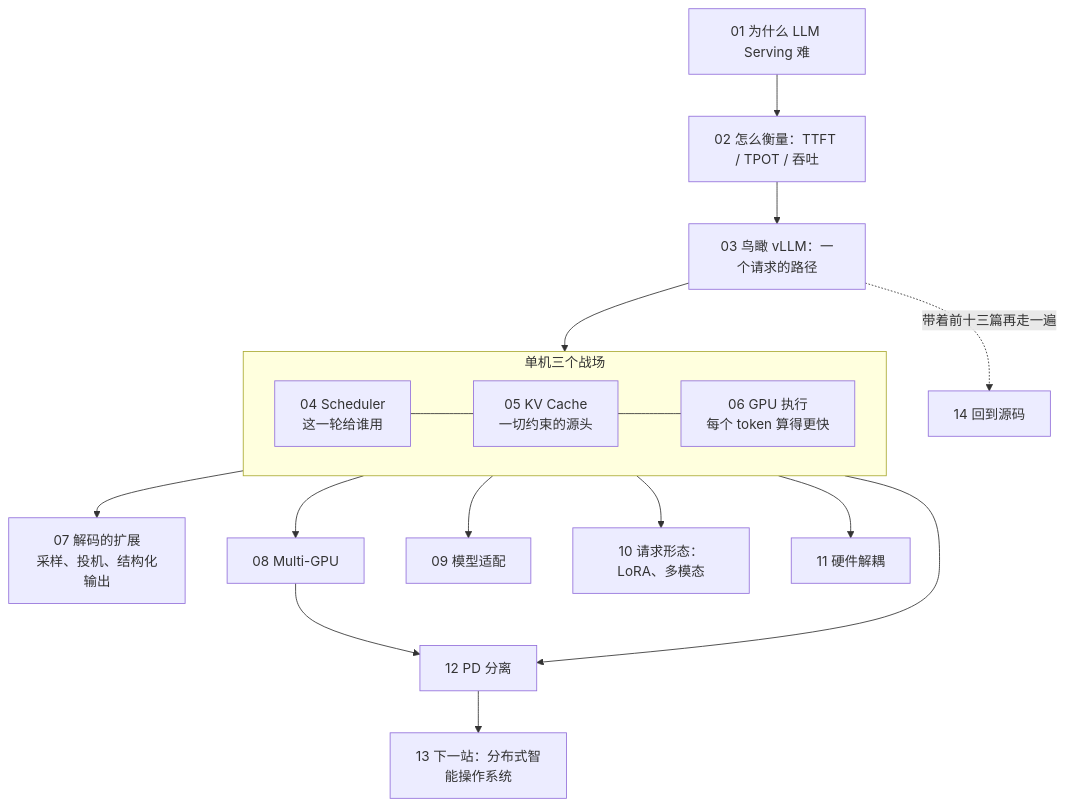
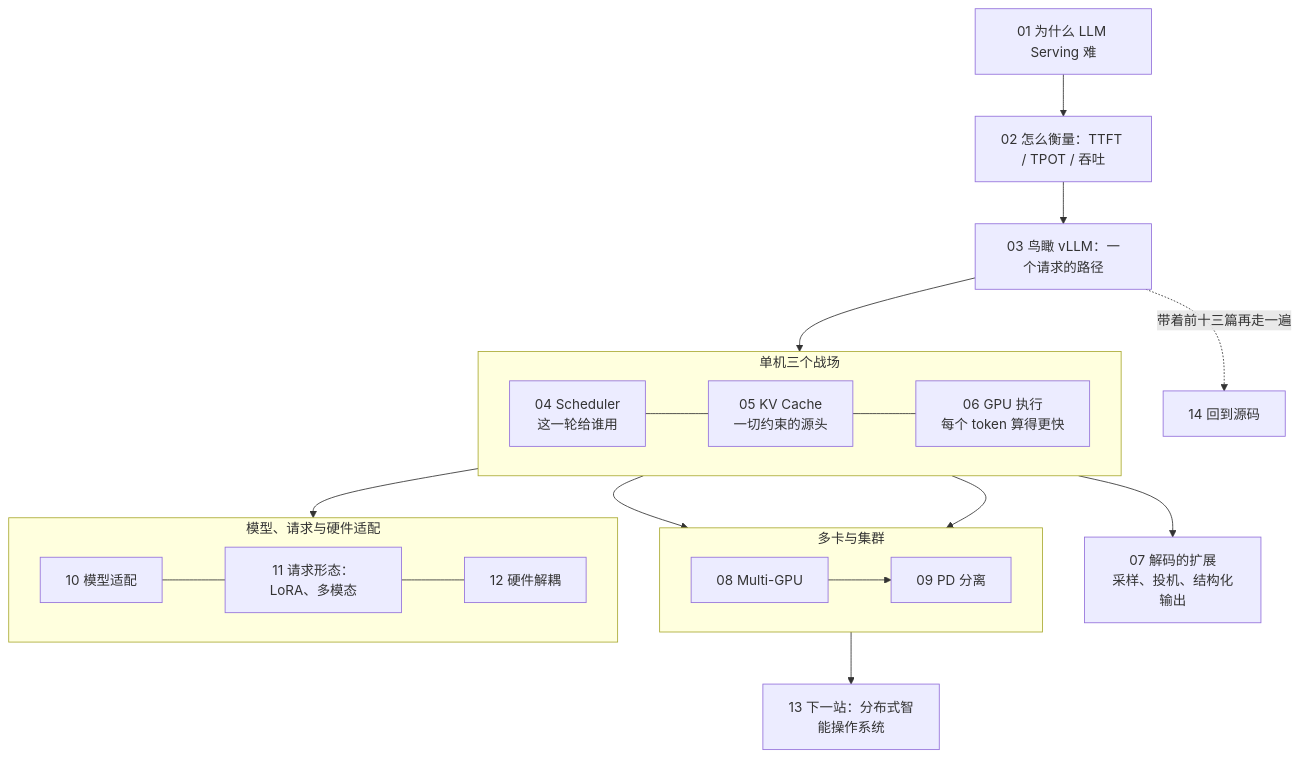
Before and after one commit to arganzheng/arganzheng.github.com: the first of 4 diagrams in slides/2026-08-25-deep-dive-into-vllm.md, drawn with Mermaid. The commit also changed other lines of this file and 13 other files, not shown here.

First line of the commit message:
vLLM 系列按总纲主线调序：PD 分离 12→09，模型适配 / 请求形态 / 硬件解耦顺延为 10 / 11 / 12

````diff
--- a/slides/2026-08-25-deep-dive-into-vllm.md
+++ b/slides/2026-08-25-deep-dive-into-vllm.md
@@ -31,14 +31,24 @@
 ```mermaid
 %%{init: {"flowchart": {"wrappingWidth": 150}}}%%
 flowchart TB
     V1["01 为什么 LLM Serving 难"] --> V2["02 怎么衡量：TTFT / TPOT / 吞吐"] --> V3["03 鸟瞰 vLLM：一个请求的路径"]
     subgraph ONE["单机三个战场"]
         direction LR
         V4["04 Scheduler<br/>这一轮给谁用"] --- V5["05 KV Cache<br/>一切约束的源头"] --- V6["06 GPU 执行<br/>每个 token 算得更快"]
     end
     V3 --> ONE
     V6 --> V7["07 解码的扩展<br/>采样、投机、结构化输出"]
-    ONE --> V8["08 Multi-GPU"] & V9["09 模型适配"] & V10["10 请求形态：LoRA、多模态"] & V11["11 硬件解耦"]
-    V5 & V8 --> V12["12 PD 分离"] --> V13["13 下一站：分布式智能操作系统"]
+    subgraph SCALE["多卡与集群"]
+        direction LR
+        V8["08 Multi-GPU"] --> V9["09 PD 分离"]
+    end
+    subgraph ADAPT["模型、请求与硬件适配"]
+        direction LR
+        V10["10 模型适配"] --- V11["11 请求形态：LoRA、多模态"] --- V12["12 硬件解耦"]
+    end
+    ONE --> SCALE
+    V5 --> V9
+    ONE --> ADAPT
+    SCALE --> V13["13 下一站：分布式智能操作系统"]
     V3 -. "带着前十三篇再走一遍" .-> V14["14 回到源码"]
 ```
````
